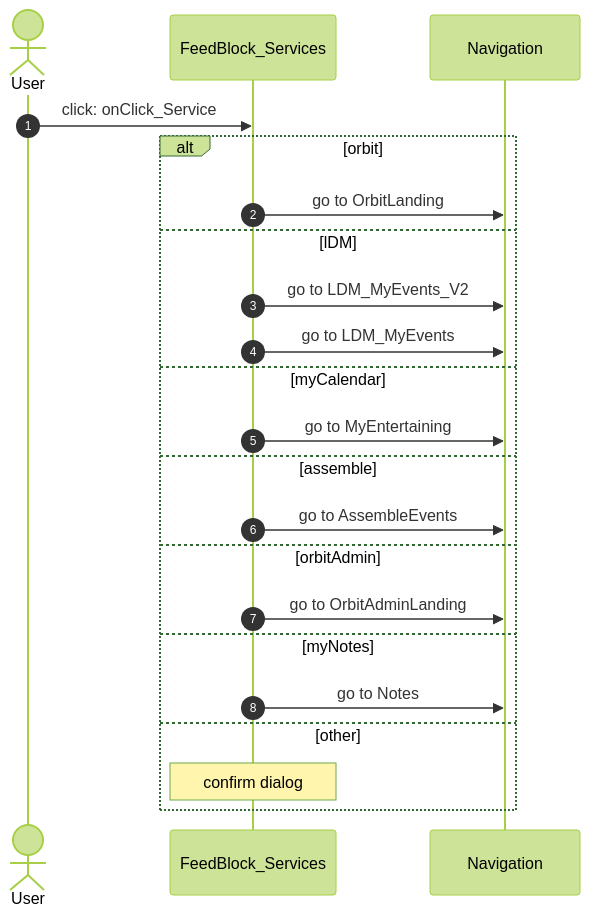
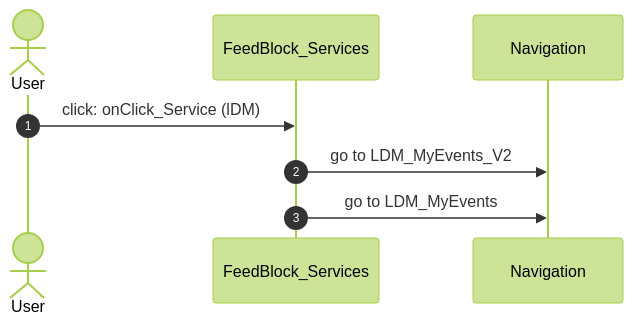
One commit to Phoenix-DX/connect-new-ui changed diagram 13 of 24 in migration/route-actions/HomeFeed.md. Above: the diagram before and after it, drawn with Mermaid (forest theme). The commit also changed other lines of this file and 51 other files, not shown here.

Commit message:
route actions: route files keep only the route; APP_SHELL.md merges the app shell (layout, app start, bottom bar, PIN lock, shared dialogs) from the checked routes; one user action diagram per branch

````diff
--- a/migration/route-actions/HomeFeed.md
+++ b/migration/route-actions/HomeFeed.md
@@ -506,24 +420,10 @@
 ```mermaid
 sequenceDiagram
   autonumber
   actor U as User
   participant B as FeedBlock_Services
   participant N as Navigation
-  U->>B: click: onClick_Service
-  alt orbit
-  B->>N: go to OrbitLanding
-  else lDM
+  U->>B: click: onClick_Service (lDM)
   B->>N: go to LDM_MyEvents_V2
   B->>N: go to LDM_MyEvents
-  else myCalendar
-  B->>N: go to MyEntertaining
-  else assemble
-  B->>N: go to AssembleEvents
-  else orbitAdmin
-  B->>N: go to OrbitAdminLanding
-  else myNotes
-  B->>N: go to Notes
-  else other
-  Note over B: confirm dialog
-  end
 ```
````
